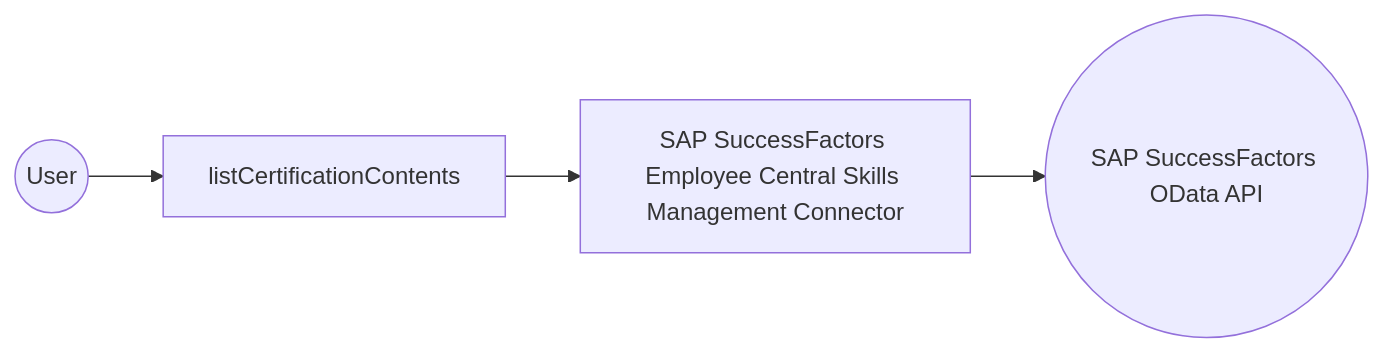
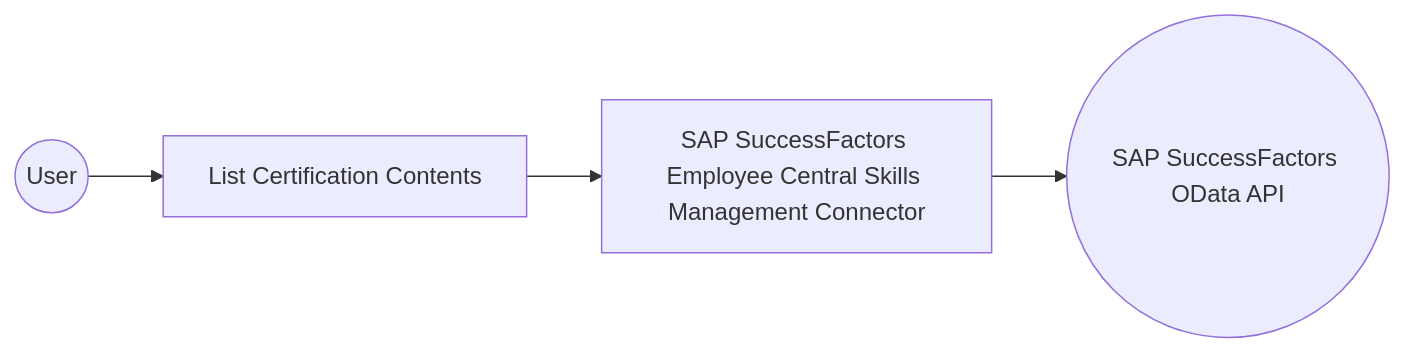
One commit to wso2/docs-integrator changed the diagram in en/docs/connectors/catalog/hrms/sap.successfactors.ecskillsmanagement/example.md. Above: the diagram before and after it, drawn with Mermaid. The commit also changed other lines of this file and 6 other files, not shown here.

````diff
--- a/en/docs/connectors/catalog/hrms/sap.successfactors.ecskillsmanagement/example.md
+++ b/en/docs/connectors/catalog/hrms/sap.successfactors.ecskillsmanagement/example.md
@@ -12,6 +12,6 @@
 ```mermaid
 flowchart LR
-    A((User)) --> B[listCertificationContents]
+    A((User)) --> B[List Certification Contents]
     B --> C[SAP SuccessFactors Employee Central Skills Management Connector]
     C --> D((SAP SuccessFactors OData API))
 ```
````
